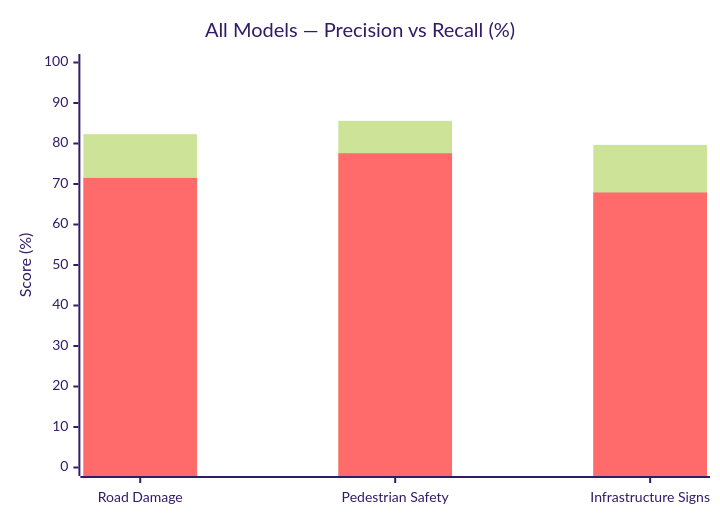
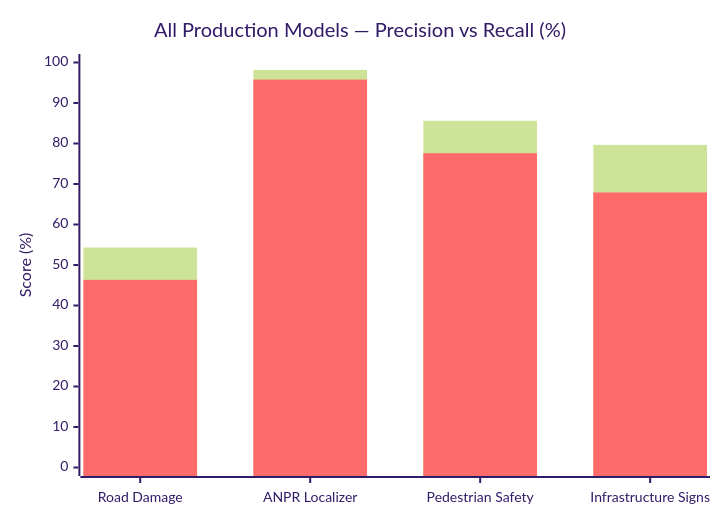
Diagram 11 of 15 in README.md (Sushantcod/sih2026-sankalp), drawn with Mermaid (forest theme) before and after one commit. The commit also changed other lines of this file and 56 other files, not shown here.

````diff
--- a/README.md
+++ b/README.md
@@ -483,8 +559,8 @@
 ```mermaid
 xychart-beta
-    title "All Models — Precision vs Recall (%)"
-    x-axis ["Road Damage", "Pedestrian Safety", "Infrastructure Signs"]
+    title "All Production Models — Precision vs Recall (%)"
+    x-axis ["Road Damage", "ANPR Localizer", "Pedestrian Safety", "Infrastructure Signs"]
     y-axis "Score (%)" 0 --> 100
-    bar [82.3, 85.6, 79.66]
-    bar [71.5, 77.6, 67.91]
+    bar [54.32, 98.18, 85.60, 79.66]
+    bar [46.33, 95.78, 77.60, 67.91]
 ```
````
